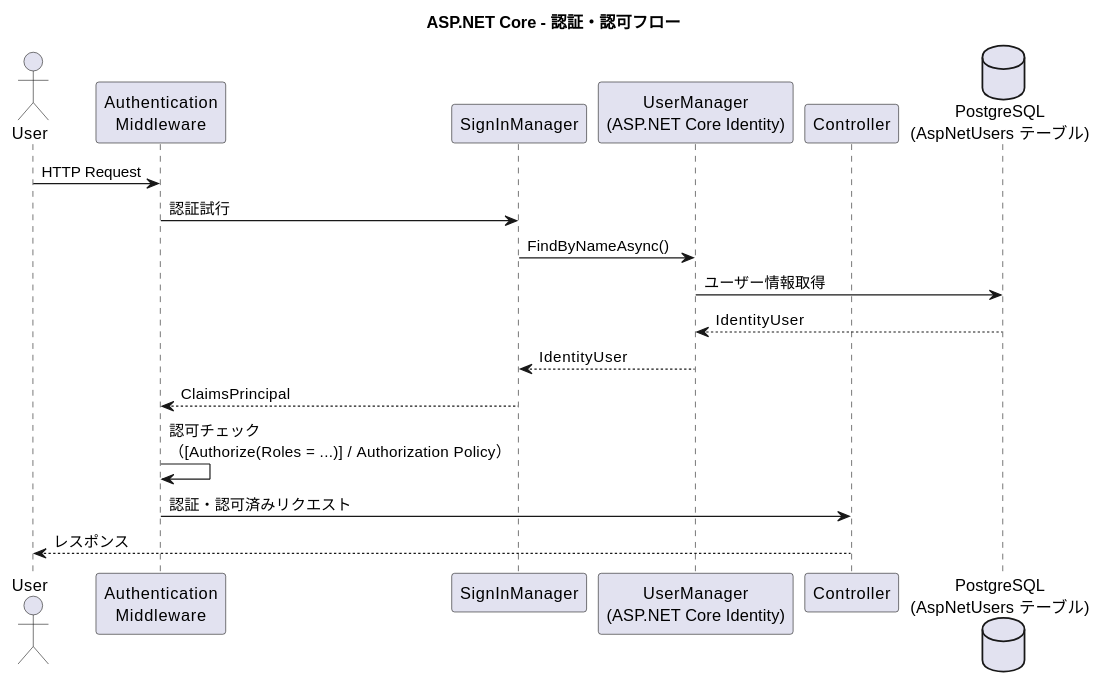
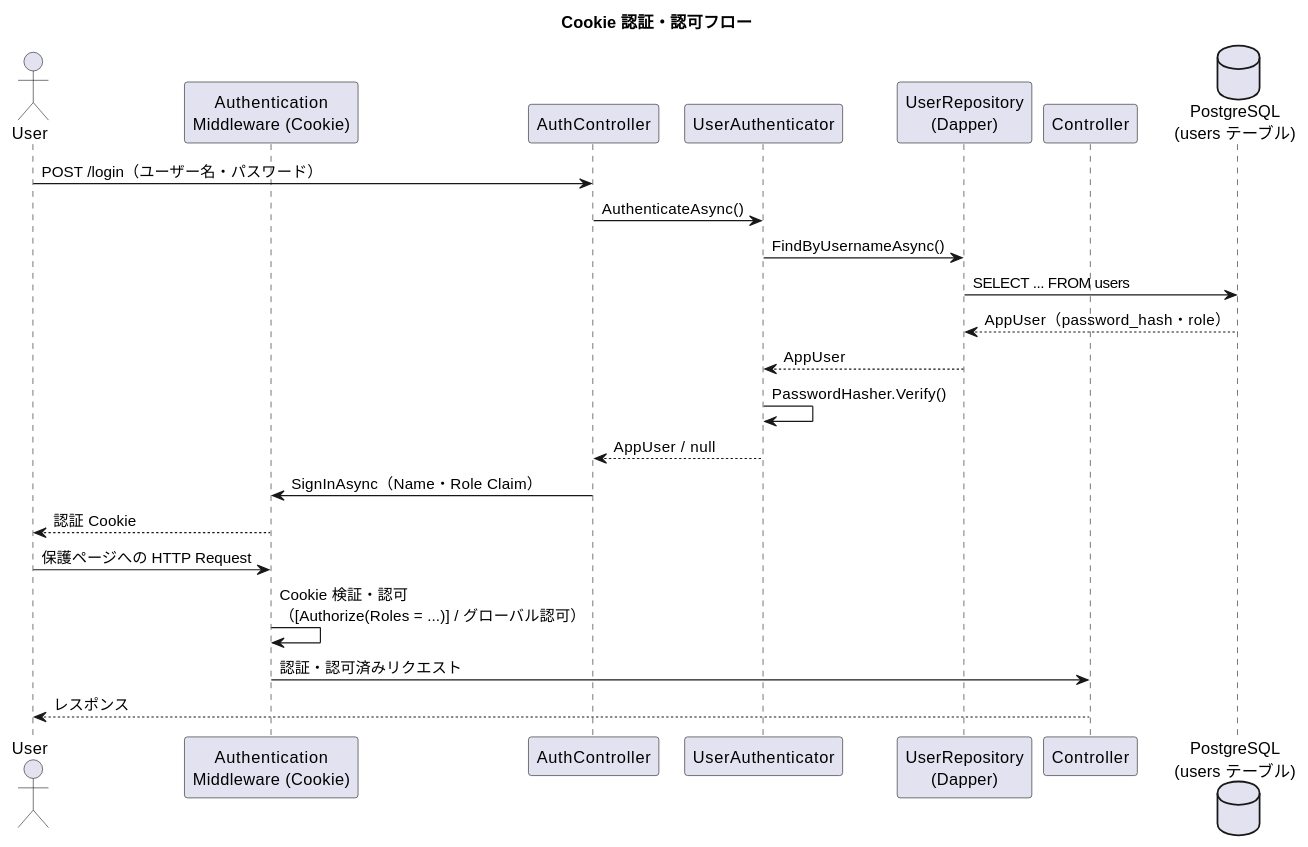
Before and after one commit to k2works/case-study-cargo-tracker: the sixth of 7 diagrams in docs/design/architecture_backend.md, drawn with PlantUML. The commit also changed other lines of this file and 7 other files, not shown here.

````diff
--- a/docs/design/architecture_backend.md
+++ b/docs/design/architecture_backend.md
@@ -558,25 +560,30 @@
 ```plantuml
 @startuml
-title ASP.NET Core - 認証・認可フロー
+title Cookie 認証・認可フロー
 
 actor User
-participant "Authentication\nMiddleware" as security
-participant "SignInManager" as auth
-participant "UserManager\n(ASP.NET Core Identity)" as uds
+participant "Authentication\nMiddleware (Cookie)" as security
+participant "AuthController" as auth
+participant "UserAuthenticator" as authn
+participant "UserRepository\n(Dapper)" as repo
 participant "Controller" as ctrl
-database "PostgreSQL\n(AspNetUsers テーブル)" as db
+database "PostgreSQL\n(users テーブル)" as db
 
-User -> security : HTTP Request
-security -> auth : 認証試行
-auth -> uds : FindByNameAsync()
-uds -> db : ユーザー情報取得
-db --> uds : IdentityUser
-uds --> auth : IdentityUser
-auth --> security : ClaimsPrincipal
+User -> auth : POST /login（ユーザー名・パスワード）
+auth -> authn : AuthenticateAsync()
+authn -> repo : FindByUsernameAsync()
+repo -> db : SELECT ... FROM users
+db --> repo : AppUser（password_hash・role）
+repo --> authn : AppUser
+authn -> authn : PasswordHasher.Verify()
+authn --> auth : AppUser / null
+auth -> security : SignInAsync（Name・Role Claim）
+security --> User : 認証 Cookie
 
-security -> security : 認可チェック\n（[Authorize(Roles = ...)] / Authorization Policy）
+User -> security : 保護ページへの HTTP Request
+security -> security : Cookie 検証・認可\n（[Authorize(Roles = ...)] / グローバル認可）
 security -> ctrl : 認証・認可済みリクエスト
 ctrl --> User : レスポンス
 
 @enduml
 ```
````
